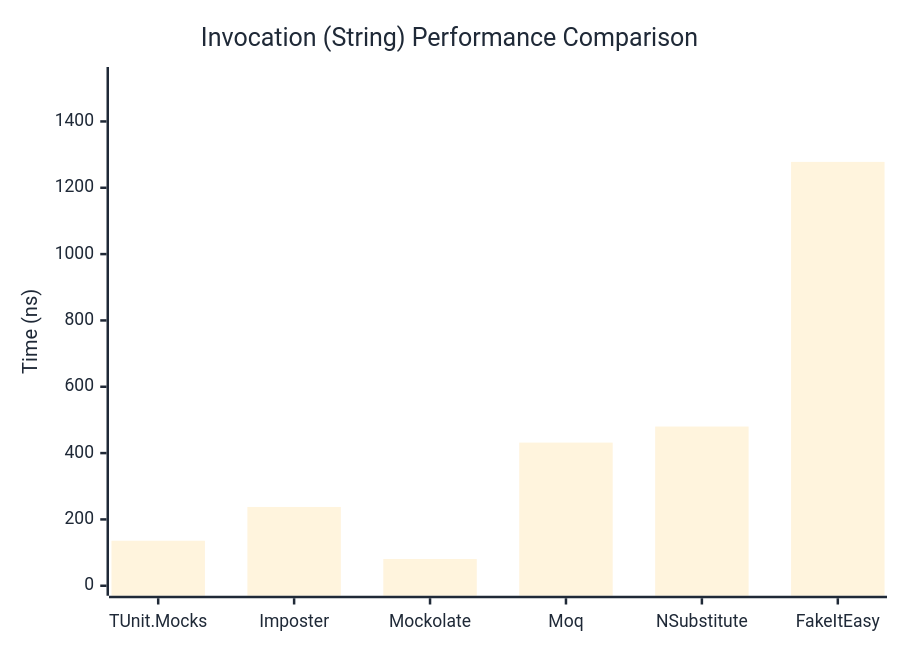
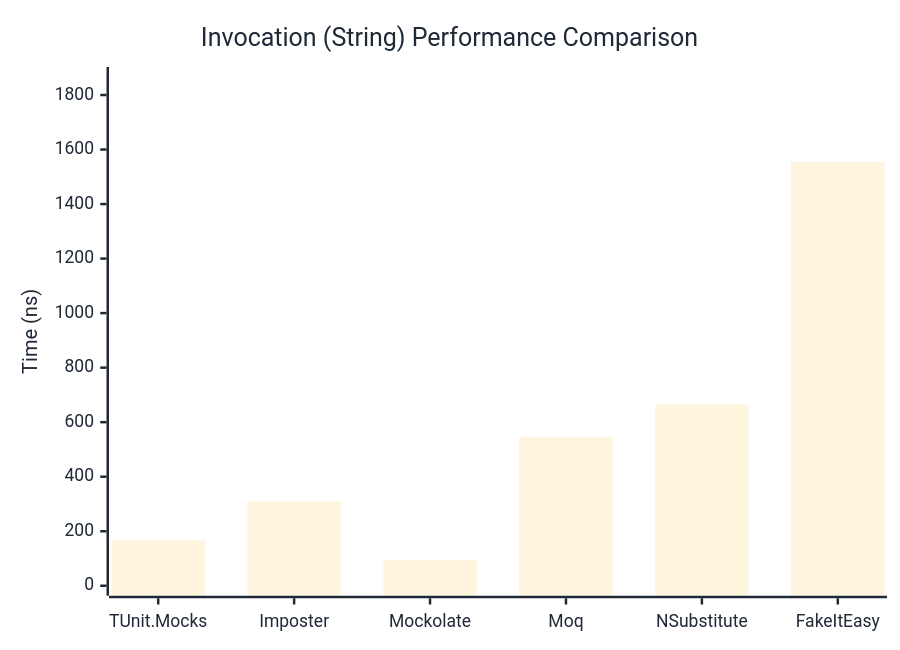
The second of 3 diagrams in docs/docs/benchmarks/mocks/Invocation.md (thomhurst/TUnit), drawn with Mermaid before and after one commit. The commit also changed other lines of this file and 14 other files, not shown here.

````diff
--- a/docs/docs/benchmarks/mocks/Invocation.md
+++ b/docs/docs/benchmarks/mocks/Invocation.md
@@ -71,27 +71,27 @@
 ```mermaid
 %%{init: {
   'theme':'base',
   'themeVariables': {
     'primaryColor': '#2563eb',
     'primaryTextColor': '#1f2937',
     'primaryBorderColor': '#1e40af',
     'lineColor': '#6b7280',
     'secondaryColor': '#7c3aed',
     'tertiaryColor': '#dc2626',
     'background': '#ffffff',
     'pie1': '#2563eb',
     'pie2': '#7c3aed',
     'pie3': '#dc2626',
     'pie4': '#f59e0b',
     'pie5': '#10b981',
     'pie6': '#06b6d4',
     'pie7': '#ec4899',
     'pie8': '#6366f1'
   }
 }}%%
 xychart-beta
   title "Invocation (String) Performance Comparison"
   x-axis ["TUnit.Mocks", "Imposter", "Mockolate", "Moq", "NSubstitute", "FakeItEasy"]
-  y-axis "Time (ns)" 0 --> 1534
-  bar [135.71, 237.56, 80.62, 431.65, 480.06, 1277.96]
+  y-axis "Time (ns)" 0 --> 1866
+  bar [166.94, 309.84, 94.48, 545.99, 664.69, 1554.76]
 ```
````
